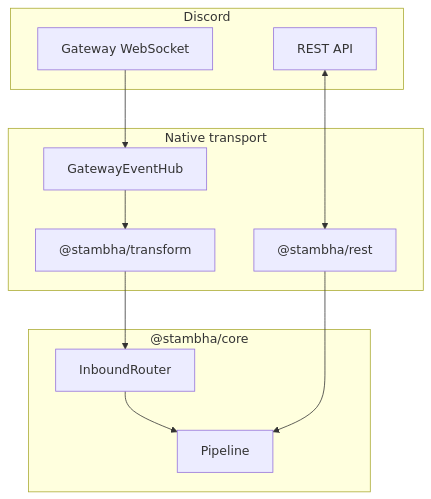
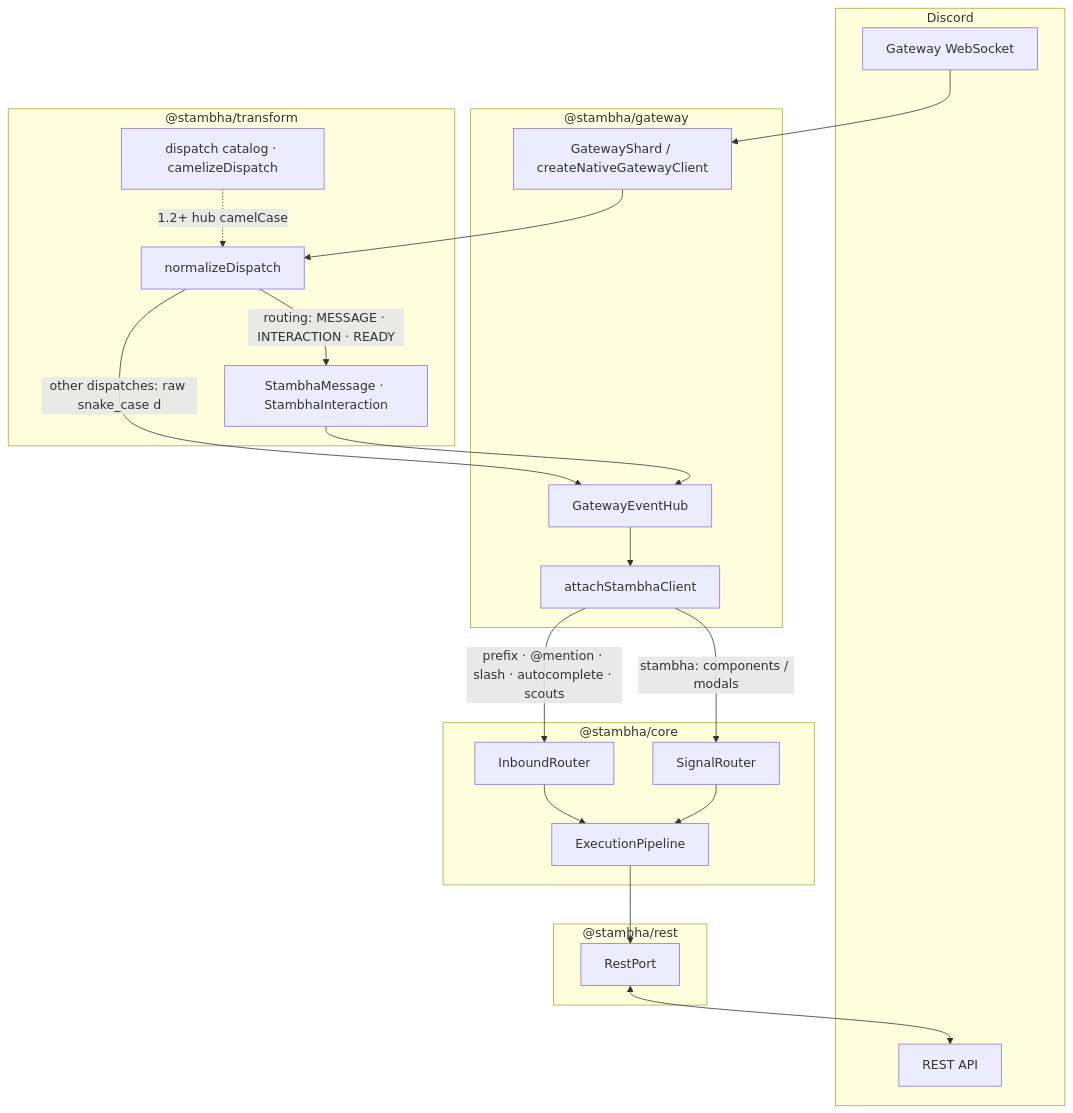
The diagram in README.md (Mivaya/Stambha), drawn with Mermaid before and after one commit. The commit also changed other lines of this file and 79 other files, not shown here.

Commit message:
Enhance dispatch module and add mention-prefix commands in v1.1.0 (#54)

````diff
--- a/README.md
+++ b/README.md
@@ -93,23 +95,43 @@
 ```mermaid
 flowchart TB
     subgraph Discord["Discord"]
         GW["Gateway WebSocket"]
         API["REST API"]
     end
 
-    subgraph Native["Native transport"]
-        GWH["GatewayEventHub"]
-        REST["@stambha/rest"]
-        TR["@stambha/transform"]
+    subgraph GatewayPkg["@stambha/gateway"]
+        Shard["GatewayShard / createNativeGatewayClient"]
+        Hub["GatewayEventHub"]
+        Attach["attachStambhaClient"]
     end
 
-    subgraph Core["@stambha/core"]
-        IR["InboundRouter"]
-        PL["Pipeline"]
+    subgraph TransformPkg["@stambha/transform"]
+        Dispatch["normalizeDispatch"]
+        Shapes["StambhaMessage · StambhaInteraction"]
+        Catalog["dispatch catalog · camelizeDispatch"]
     end
 
-    GW --> GWH
-    API <--> REST
-    GWH --> TR --> IR --> PL
-    REST --> PL
+    subgraph CorePkg["@stambha/core"]
+        IR["InboundRouter"]
+        SR["SignalRouter"]
+        PL["ExecutionPipeline"]
+    end
+
+    subgraph RestPkg["@stambha/rest"]
+        RP["RestPort"]
+    end
+
+    GW --> Shard
+    Shard --> Dispatch
+    Dispatch -->|"routing: MESSAGE · INTERACTION · READY"| Shapes
+    Dispatch -->|"other dispatches: raw snake_case d"| Hub
+    Catalog -.->|"1.2+ hub camelCase"| Dispatch
+    Shapes --> Hub
+    Hub --> Attach
+    Attach -->|"prefix · @mention · slash · autocomplete · scouts"| IR
+    Attach -->|"stambha: components / modals"| SR
+    IR --> PL
+    SR --> PL
+    PL --> RP
+    RP <--> API
 ```
````
